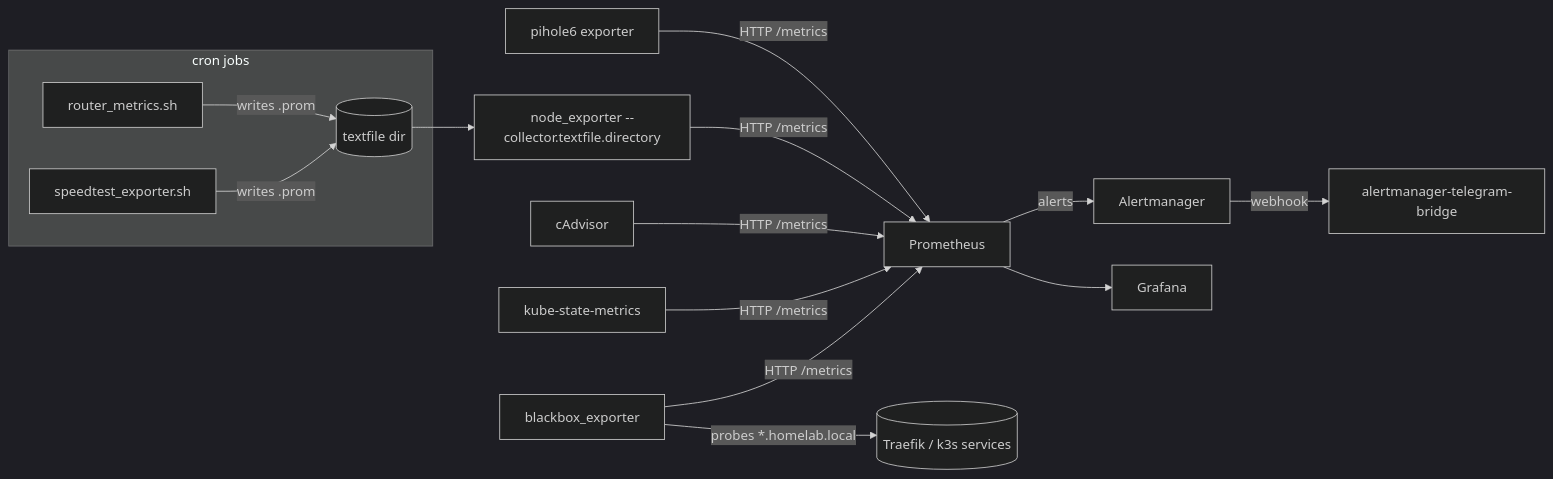
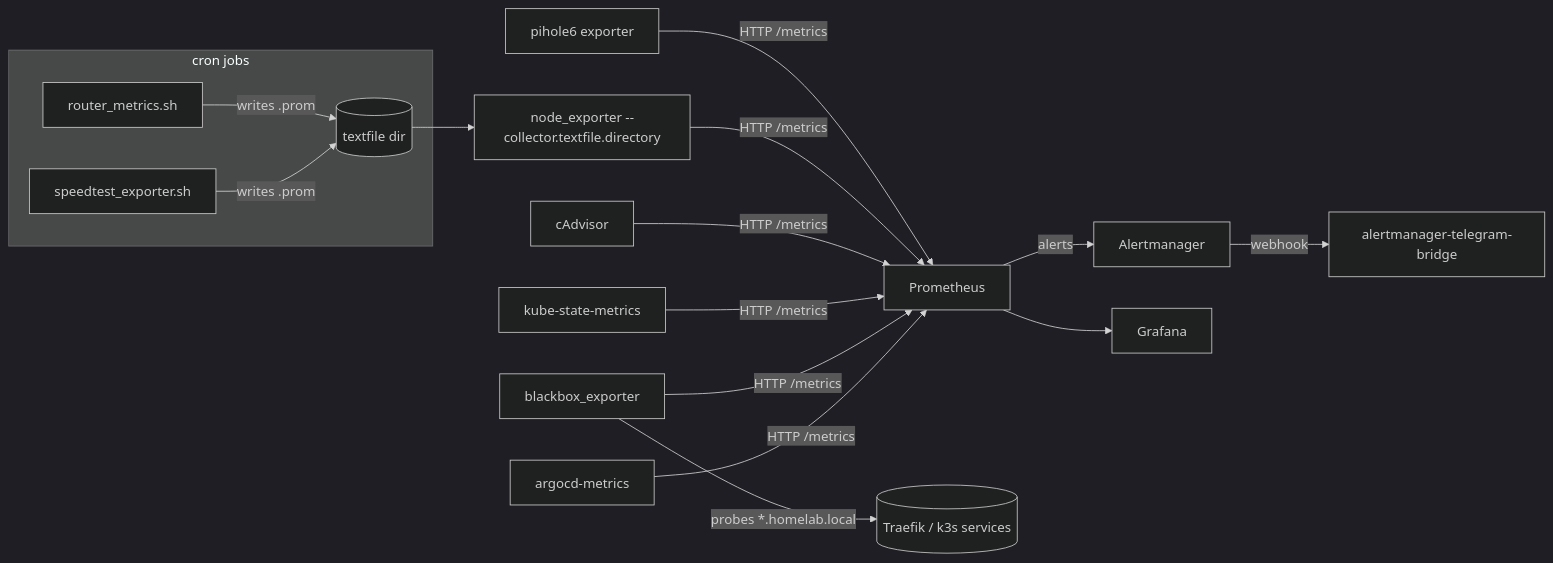
The diagram in README.md (bibigon14/homelab-observability), drawn with Mermaid (dark theme) before and after one commit. The commit also changed other lines of this file and 1 other file, not shown here.

First line of the commit message:
feat: add argocd-alerts.yml — fifth alerting layer for GitOps sync/health

````diff
--- a/README.md
+++ b/README.md
@@ -65,17 +69,18 @@
 ```mermaid
 flowchart LR
     subgraph cron jobs
         R[router_metrics.sh] -->|writes .prom| TF[(textfile dir)]
         S[speedtest_exporter.sh] -->|writes .prom| TF
     end
     TF --> NE[node_exporter --collector.textfile.directory]
     PH[pihole6 exporter] -->|HTTP /metrics| Prom[Prometheus]
     NE -->|HTTP /metrics| Prom
     CA[cAdvisor] -->|HTTP /metrics| Prom
     KSM[kube-state-metrics] -->|HTTP /metrics| Prom
     BB[blackbox_exporter] -->|probes *.homelab.local| Services[(Traefik / k3s services)]
     BB -->|HTTP /metrics| Prom
+    AC[argocd-metrics] -->|HTTP /metrics| Prom
     Prom -->|alerts| AM[Alertmanager]
     AM -->|webhook| Bridge[alertmanager-telegram-bridge]
     Prom --> Graf[Grafana]
 ```
````
